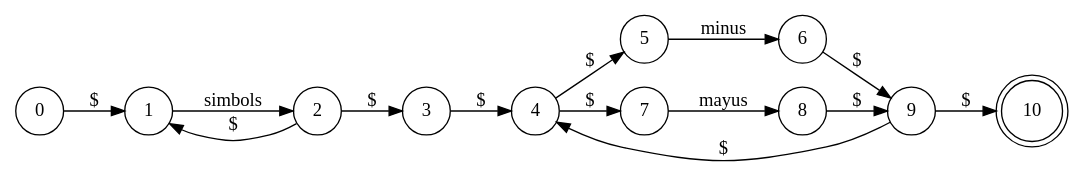
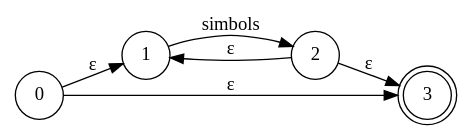
Before and after one commit to SolisMario/OLC1_Proyecto1_201900629: the diagram in OLC1_Proyecto1_201900629/DOT/erAzarAFN.dot, drawn with Graphviz. The commit also changed 132 other files, not shown here.

```diff
--- a/OLC1_Proyecto1_201900629/DOT/erAzarAFN.dot
+++ b/OLC1_Proyecto1_201900629/DOT/erAzarAFN.dot
@@ -1,18 +1,10 @@
 digraph afd {
 rankdir=LR;
 node [shape=circle];
-"0"->"1"[label="$"]
-"2"->"1"[label="$"]
+"0"->"1"[label="ε"]
+"0"->"3"[label="ε"]
+"2"->"1"[label="ε"]
 "1"->"2"[label="simbols"]
-"2"->"3"[label="$"]
-"3"->"4"[label="$"]
-"9"->"4"[label="$"]
-"4"->"5"[label="$"]
-"4"->"7"[label="$"]
-"5"->"6"[label="minus"]
-"6"->"9"[label="$"]
-"7"->"8"[label="mayus"]
-"8"->"9"[label="$"]
-"9"->"10"[label="$"]
-10[shape=doublecircle,label=10]
+"2"->"3"[label="ε"]
+3[shape=doublecircle,label=3]
 }
```
